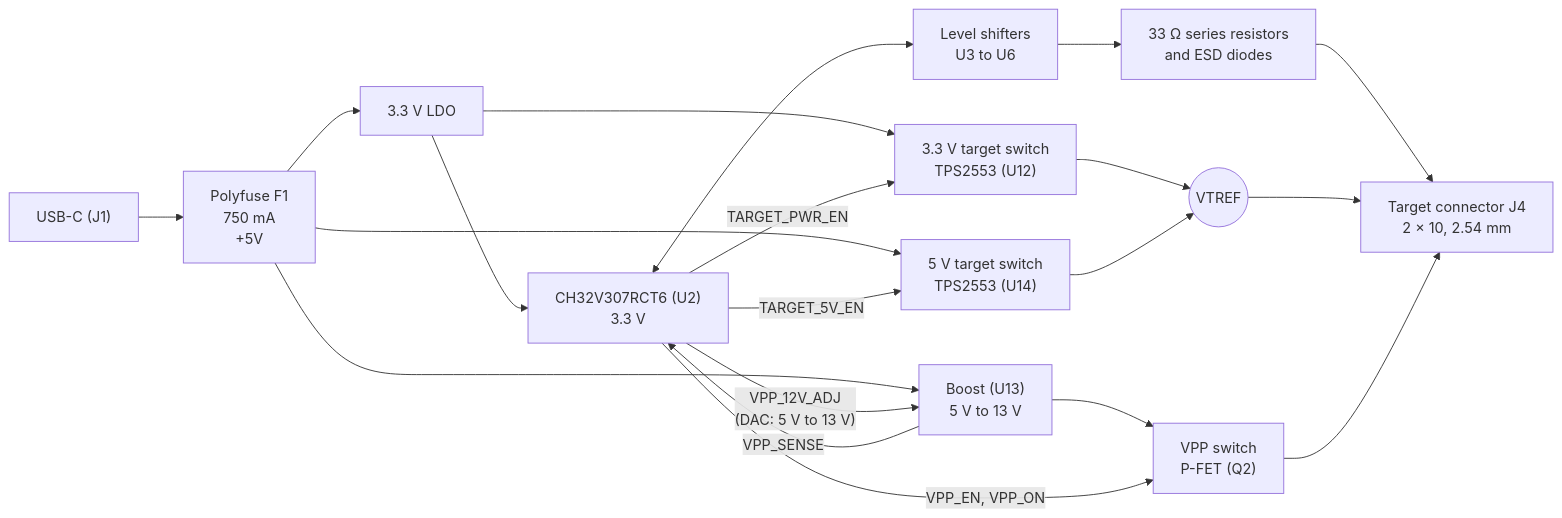
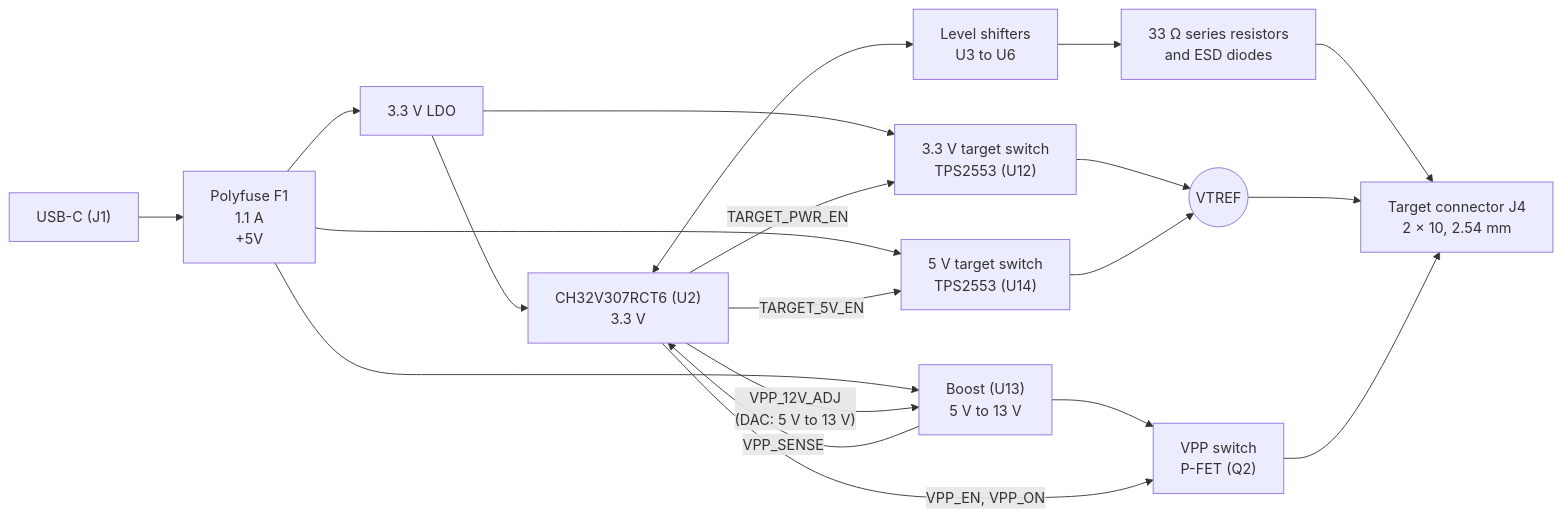
One commit to OpenMUPP/openmupp-v1 changed the diagram in README.md. Above: the diagram before and after it, drawn with Mermaid. The commit also changed other lines of this file and 2 other files, not shown here.

Commit message:
feature: use a 1.1 A polyfuse for F1 to reduce the VBUS drop

````diff
--- a/README.md
+++ b/README.md
@@ -19,25 +19,25 @@
 ```mermaid
 flowchart LR
-    usb["USB-C (J1)"] --> fuse["Polyfuse F1<br/>750 mA<br/>+5V"]
+    usb["USB-C (J1)"] --> fuse["Polyfuse F1<br/>1.1 A<br/>+5V"]
     fuse --> ldo["3.3 V LDO"]
     fuse --> boost["Boost (U13)<br/>5 V to 13 V"]
     ldo --> mcu["CH32V307RCT6 (U2)<br/>3.3 V"]
     mcu <--> ls["Level shifters<br/>U3 to U6"]
     ls --> esd["33 Ω series resistors<br/>and ESD diodes"]
     esd --> j4["Target connector J4<br/>2 × 10, 2.54 mm"]
 
     ldo --> tps33["3.3 V target switch<br/>TPS2553 (U12)"]
     fuse --> tps5["5 V target switch<br/>TPS2553 (U14)"]
     tps33 --> vtref(("VTREF"))
     tps5 --> vtref
     vtref --> j4
 
     boost --> vpp["VPP switch<br/>P-FET (Q2)"]
     vpp --> j4
 
     mcu -- "TARGET_PWR_EN" --> tps33
     mcu -- "TARGET_5V_EN" --> tps5
     mcu -- "VPP_12V_ADJ<br/>(DAC: 5 V to 13 V)" --> boost
     mcu -- "VPP_EN, VPP_ON" --> vpp
     boost -- "VPP_SENSE" --> mcu
 ```
````
